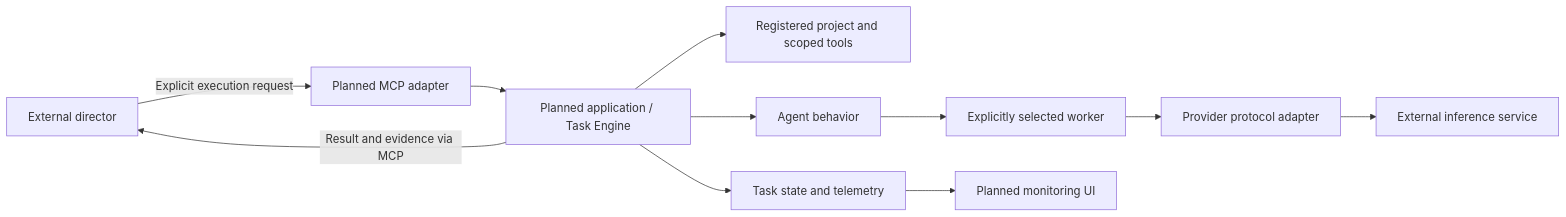
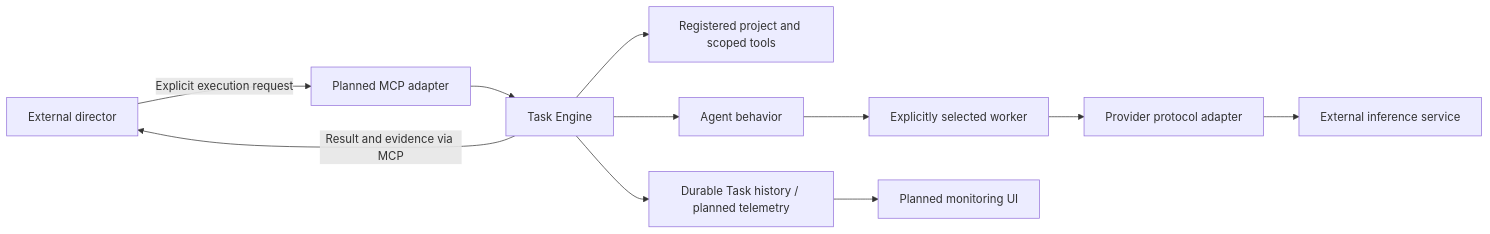
The first of 3 diagrams in docs/architecture.md (tinuvael/AgentForge), drawn with Mermaid before and after one commit. The commit also changed other lines of this file and 12 other files, not shown here.

Commit message:
Implement Phase 06 durable Task Engine and execution history

````diff
--- a/docs/architecture.md
+++ b/docs/architecture.md
@@ -28,13 +29,13 @@
 ```mermaid
 flowchart LR
     D[External director] -->|Explicit execution request| M[Planned MCP adapter]
-    M --> E[Planned application / Task Engine]
+    M --> E[Task Engine]
     E --> P[Registered project and scoped tools]
     E --> A[Agent behavior]
     A --> W[Explicitly selected worker]
     W --> V[Provider protocol adapter]
     V --> I[External inference service]
-    E --> T[Task state and telemetry]
+    E --> T[Durable Task history / planned telemetry]
     T --> U[Planned monitoring UI]
     E -->|Result and evidence via MCP| D
 ```
````
